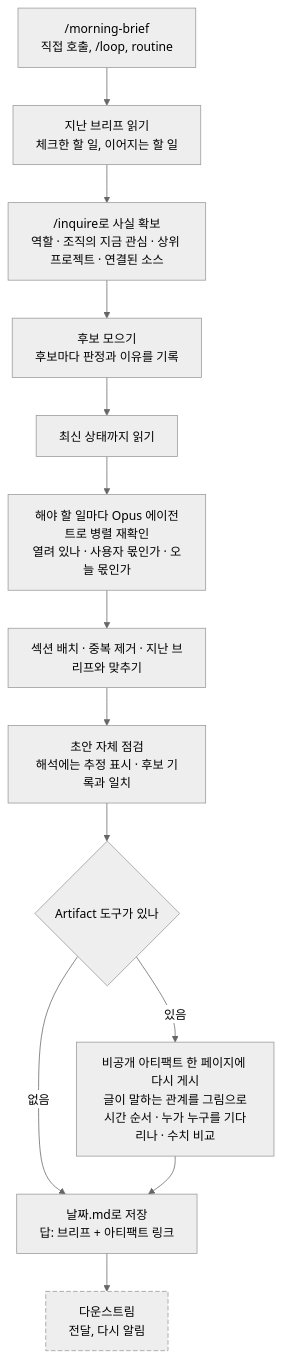
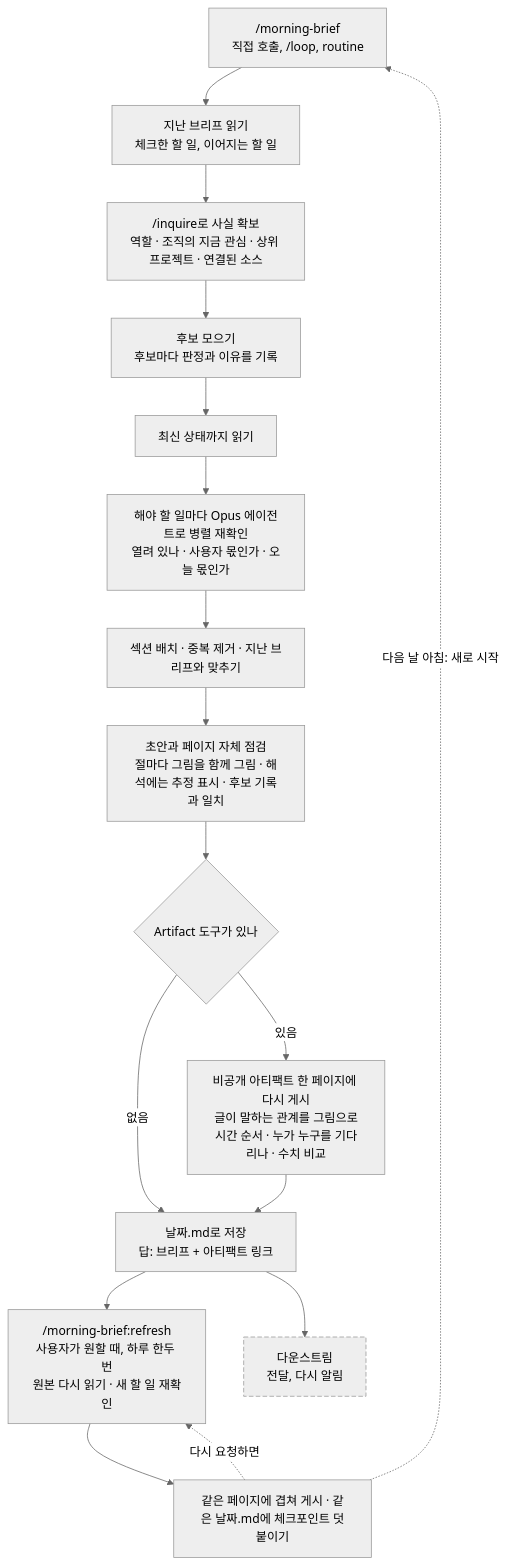
One commit to jongwony/cc-plugin changed the diagram in morning-brief/README.md. Above: the diagram before and after it, drawn with Mermaid (neutral theme). The commit also changed other lines of this file and 5 other files, not shown here.

````diff
--- a/morning-brief/README.md
+++ b/morning-brief/README.md
@@ -13,16 +13,20 @@
 ```mermaid
 flowchart TD
   A["/morning-brief<br/>직접 호출, /loop, routine"] --> B["지난 브리프 읽기<br/>체크한 할 일, 이어지는 할 일"]
   B --> C["/inquire로 사실 확보<br/>역할 · 조직의 지금 관심 · 상위 프로젝트 · 연결된 소스"]
   C --> E["후보 모으기<br/>후보마다 판정과 이유를 기록"]
   E --> F["최신 상태까지 읽기"]
   F --> G["해야 할 일마다 Opus 에이전트로 병렬 재확인<br/>열려 있나 · 사용자 몫인가 · 오늘 몫인가"]
   G --> H["섹션 배치 · 중복 제거 · 지난 브리프와 맞추기"]
-  H --> K["초안 자체 점검<br/>해석에는 추정 표시 · 후보 기록과 일치"]
+  H --> K["초안과 페이지 자체 점검<br/>절마다 그림을 함께 그림 · 해석에는 추정 표시 · 후보 기록과 일치"]
   K --> V{"Artifact 도구가 있나"}
   V -- "있음" --> P["비공개 아티팩트 한 페이지에 다시 게시<br/>글이 말하는 관계를 그림으로<br/>시간 순서 · 누가 누구를 기다리나 · 수치 비교"]
   V -- "없음" --> I
   P --> I["날짜.md로 저장<br/>답: 브리프 + 아티팩트 링크"]
+  I --> R["/morning-brief:refresh<br/>사용자가 원할 때, 하루 한두 번<br/>원본 다시 읽기 · 새 할 일 재확인"]
+  R --> RC["같은 페이지에 겹쳐 게시 · 같은 날짜.md에 체크포인트 덧붙이기"]
+  RC -. "다시 요청하면" .-> R
+  RC -. "다음 날 아침: 새로 시작" .-> A
   I --> J["다운스트림<br/>전달, 다시 알림"]:::down
   classDef down stroke-dasharray:6 3
 ```
````
